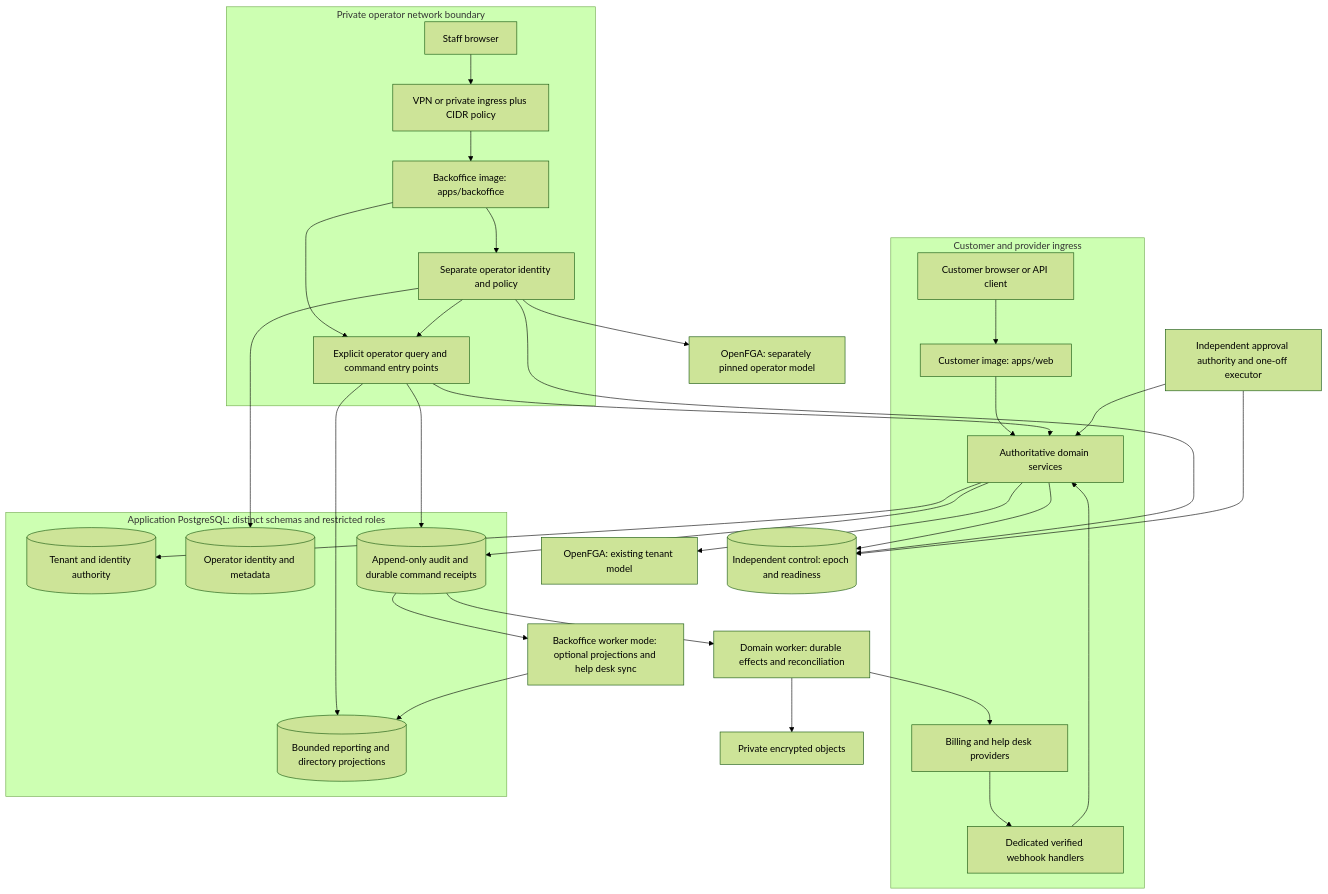
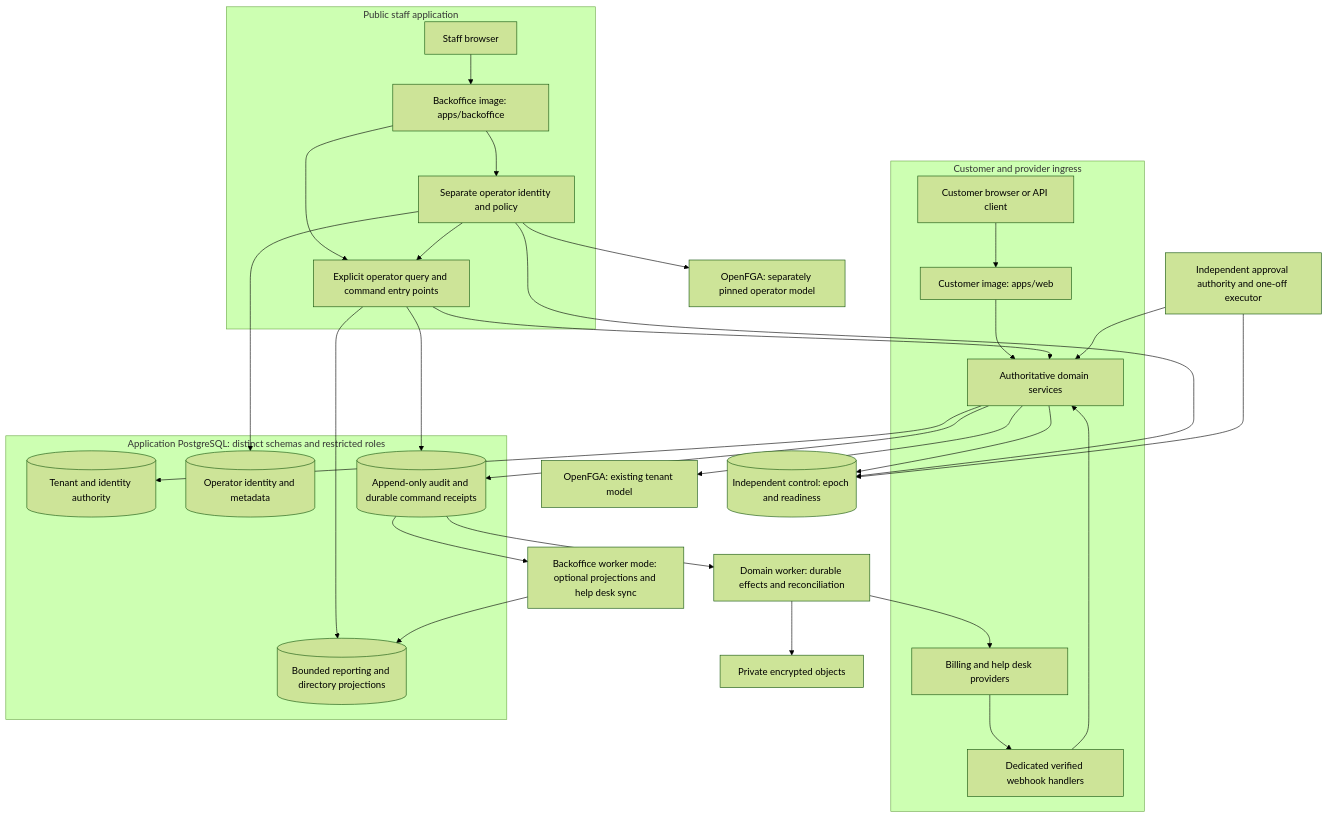
Before and after one commit to dani-beltran/saas-cook: the diagram in docs/backoffice/architecture.md, drawn with Mermaid (forest theme). The commit also changed other lines of this file and 39 other files, not shown here.

Commit message:
feat(backoffice): enable public access and align workspace with shared UI

````diff
--- a/docs/backoffice/architecture.md
+++ b/docs/backoffice/architecture.md
@@ -49,39 +49,38 @@
 ```mermaid
 flowchart TB
   subgraph publicZone[Customer and provider ingress]
     C[Customer browser or API client] --> W[Customer image: apps/web]
     P[Billing and help desk providers] --> H[Dedicated verified webhook handlers]
     H --> D[Authoritative domain services]
     W --> D
   end
-  subgraph privateZone[Private operator network boundary]
-    O[Staff browser] --> V[VPN or private ingress plus CIDR policy]
-    V --> B[Backoffice image: apps/backoffice]
+  subgraph staffZone[Public staff application]
+    O[Staff browser] --> B[Backoffice image: apps/backoffice]
     B --> I[Separate operator identity and policy]
     B --> E[Explicit operator query and command entry points]
     I --> E
     E --> D
   end
   subgraph appStore[Application PostgreSQL: distinct schemas and restricted roles]
     T[(Tenant and identity authority)]
     M[(Operator identity and metadata)]
     A[(Append-only audit and durable command receipts)]
     R[(Bounded reporting and directory projections)]
   end
   D --> T
   D --> A
   I --> M
   E --> A
   E --> R
   A --> J[Domain worker: durable effects and reconciliation]
   J --> P
   J --> S[Private encrypted objects]
   A --> K[Backoffice worker mode: optional projections and help desk sync]
   K --> R
   I --> F[OpenFGA: separately pinned operator model]
   D --> F2[OpenFGA: existing tenant model]
   D --> Q[(Independent control: epoch and readiness)]
   I --> Q
   X[Independent approval authority and one-off executor] --> Q
   X --> D
 ```
````
